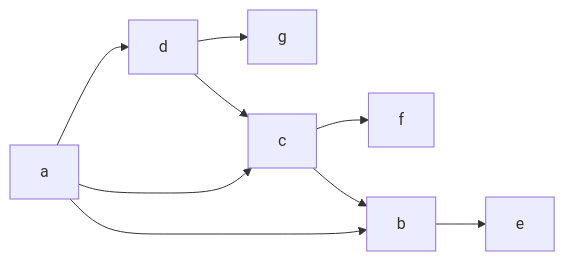
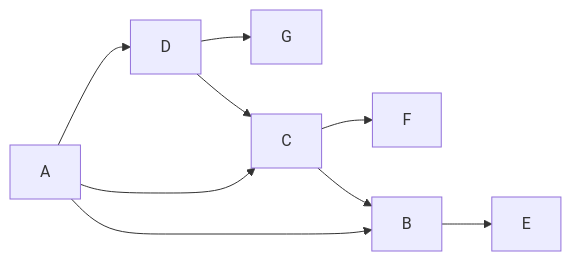
One commit to pizihao/crow changed the fourth of 4 diagrams in HELP.md. Above: the diagram before and after it, drawn with Mermaid. The commit also changed other lines of this file and 13 other files, not shown here.

```diff
--- a/HELP.md
+++ b/HELP.md
@@ -204,8 +204,8 @@
 ~~~mermaid
 graph LR
-a --> d --> g
-a --> c --> f
-a --> b --> e
-d --> c
-c --> b
+A --> D --> G
+A --> C --> F
+A --> B --> E
+D --> C
+C --> B
 ~~~
```
